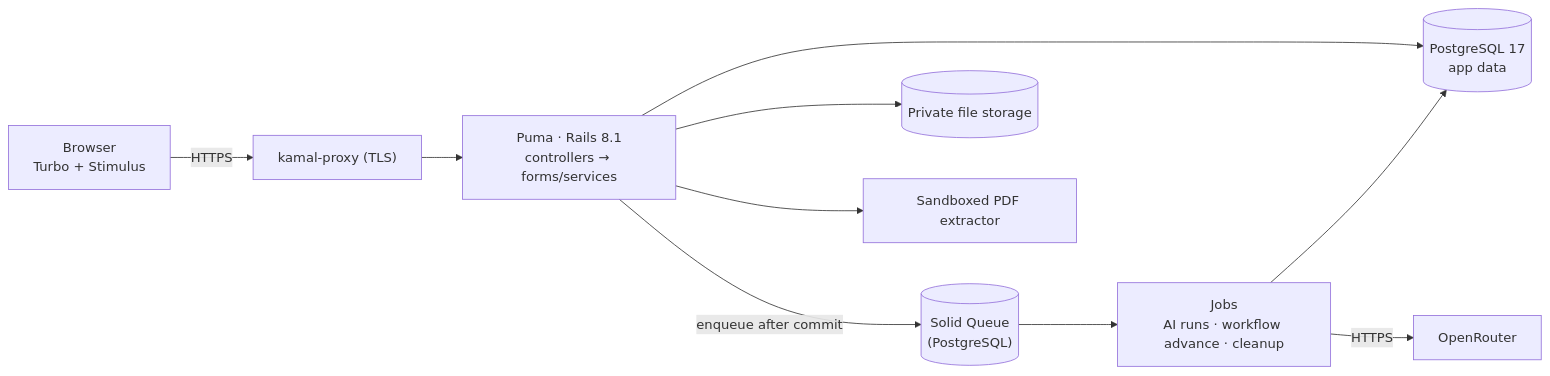
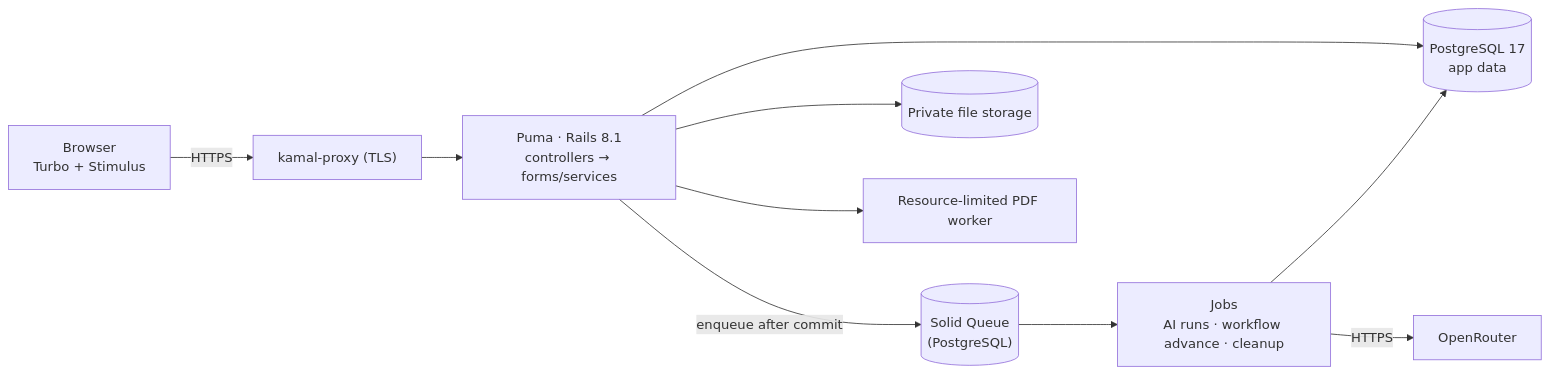
One commit to XKeviNguyen/three_heavens changed the first of 4 diagrams in README.md. Above: the diagram before and after it, drawn with Mermaid. The commit also changed other lines of this file and 11 other files, not shown here.

First line of the commit message:
Correct architecture docs and diagram the full database schema

````diff
--- a/README.md
+++ b/README.md
@@ -106,12 +106,12 @@
 ```mermaid
 flowchart LR
   B["Browser<br/>Turbo + Stimulus"] -->|HTTPS| KP["kamal-proxy (TLS)"]
   KP --> PU["Puma · Rails 8.1<br/>controllers → forms/services"]
   PU --> PG[("PostgreSQL 17<br/>app data")]
   PU -->|enqueue after commit| Q[("Solid Queue<br/>(PostgreSQL)")]
   Q --> J["Jobs<br/>AI runs · workflow advance · cleanup"]
   J --> PG
   J -->|HTTPS| OR["OpenRouter"]
   PU --> FS[("Private file storage")]
-  PU --> PDF["Sandboxed PDF extractor"]
+  PU --> PDF["Resource-limited PDF worker"]
 ```
````
